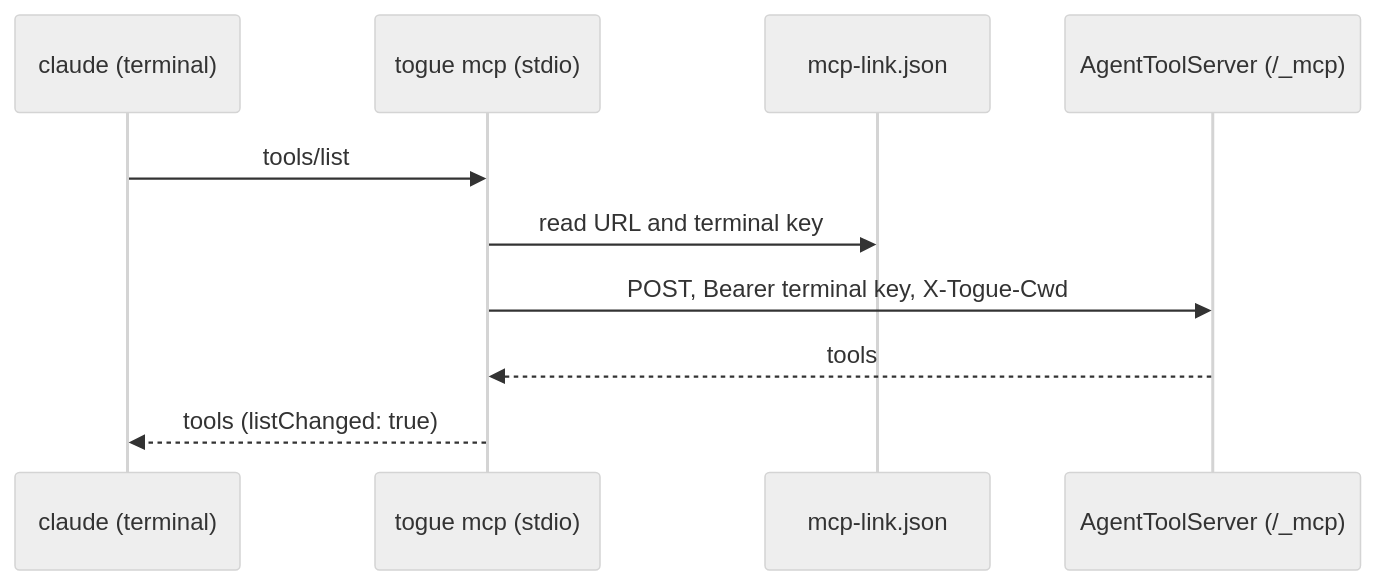
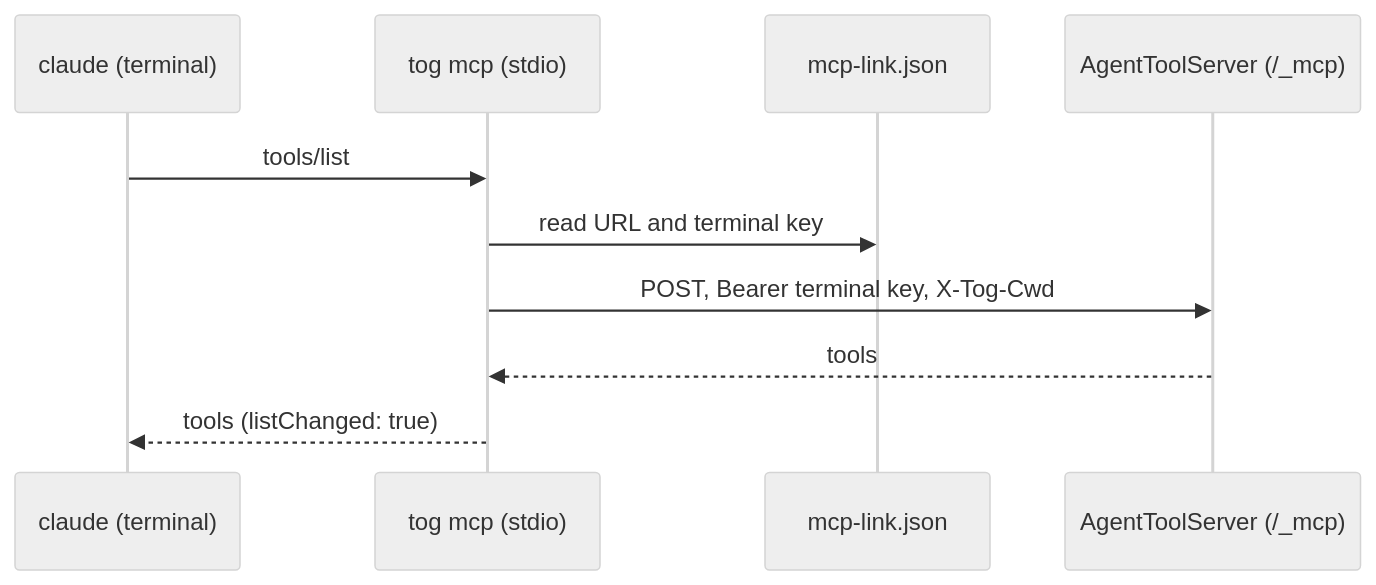
Before and after one commit to BradenTerry/Tog: the eighth of 10 diagrams in docs/extensions.md, drawn with Mermaid (neutral theme). The commit also changed other lines of this file and 483 other files, not shown here.

Commit message:
Rename Togue to Tog

````diff
--- a/docs/extensions.md
+++ b/docs/extensions.md
@@ -442,12 +442,12 @@
 ```mermaid
 sequenceDiagram
     participant C as claude (terminal)
-    participant B as togue mcp (stdio)
+    participant B as tog mcp (stdio)
     participant L as mcp-link.json
     participant S as AgentToolServer (/_mcp)
     C->>B: tools/list
     B->>L: read URL and terminal key
-    B->>S: POST, Bearer terminal key, X-Togue-Cwd
+    B->>S: POST, Bearer terminal key, X-Tog-Cwd
     S-->>B: tools
     B-->>C: tools (listChanged: true)
 ```
````
